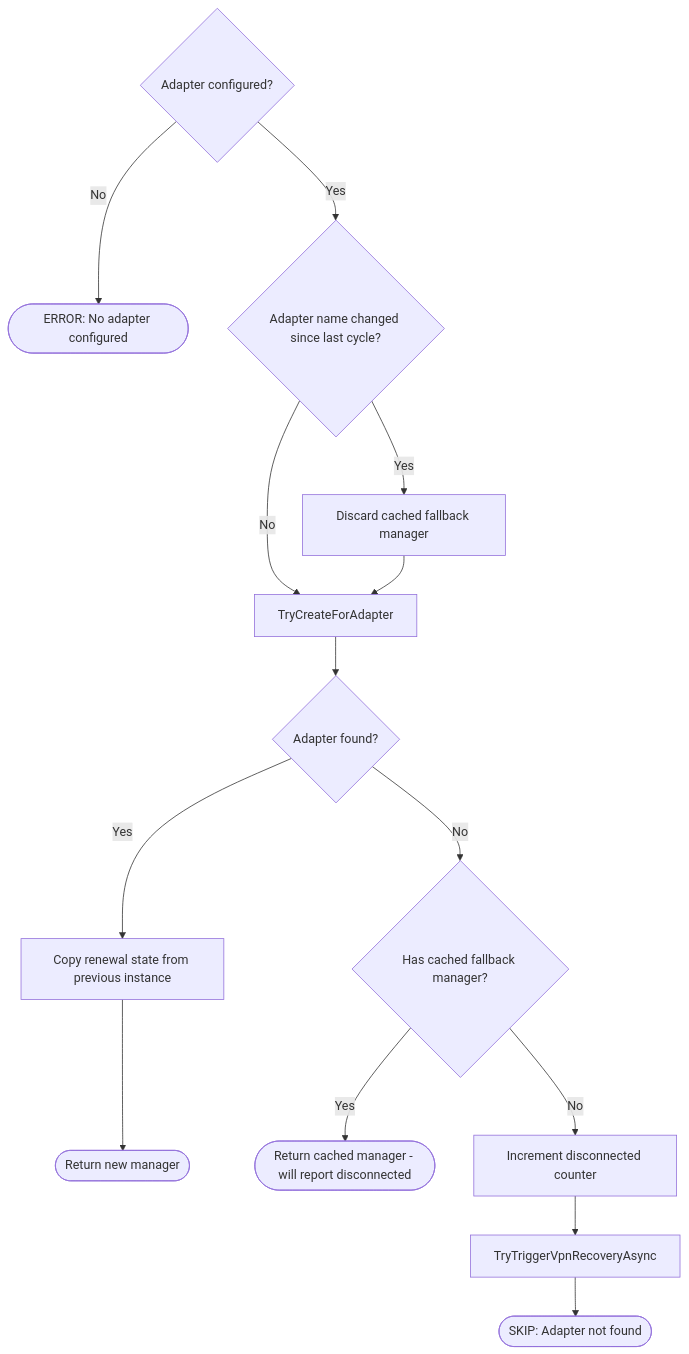
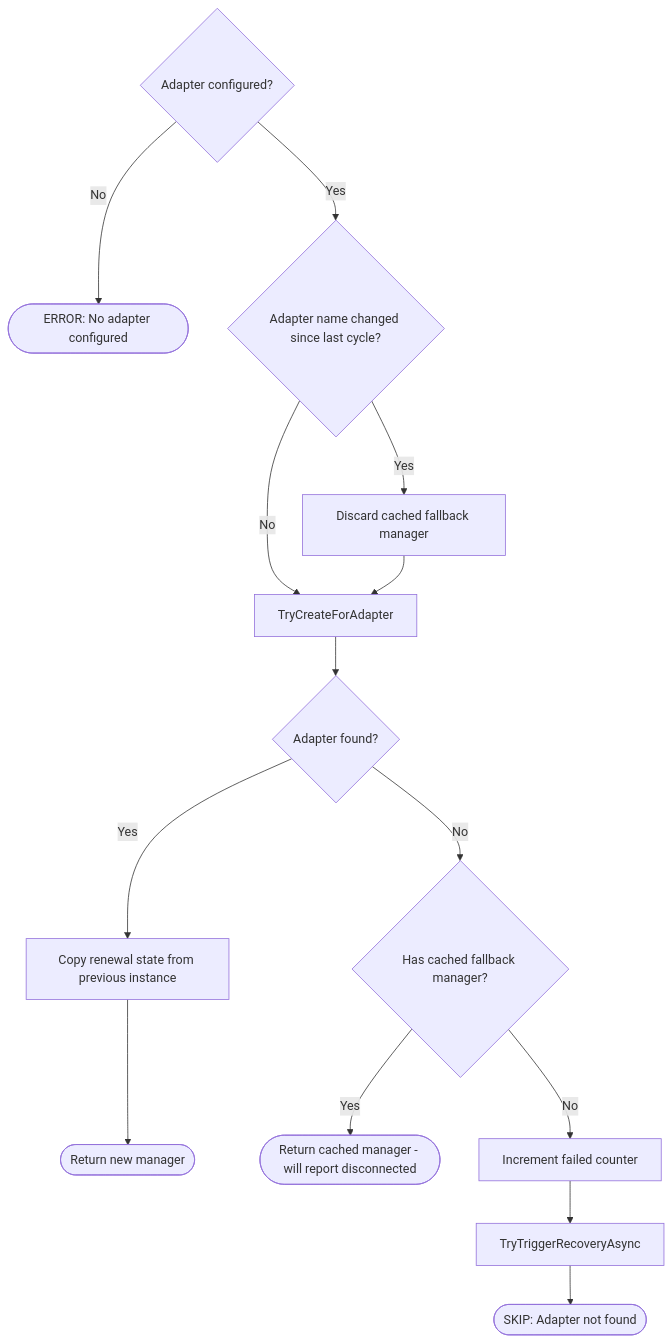
One commit to martsg666/qbPortWeaver changed the second of 2 diagrams in SYNC-CYCLE.md. Above: the diagram before and after it, drawn with Mermaid. The commit also changed other lines of this file and 26 other files, not shown here.

First line of the commit message:
2.4.1 Harden helper service, add auto-recovery for all VPN providers, and restructure solution (#59)

````diff
--- a/SYNC-CYCLE.md
+++ b/SYNC-CYCLE.md
@@ -76,16 +74,16 @@
 ```mermaid
 flowchart TD
     A{Adapter configured?} -- No --> ERR([ERROR: No adapter configured])
     A -- Yes --> B{Adapter name changed since last cycle?}
     B -- Yes --> DISCARD[Discard cached fallback manager]
     B -- No --> C
     DISCARD --> C[TryCreateForAdapter]
     C --> D{Adapter found?}
     D -- Yes --> COPY[Copy renewal state from previous instance]
     COPY --> RETURN([Return new manager])
     D -- No --> E{Has cached fallback manager?}
     E -- Yes --> FALLBACK([Return cached manager - will report disconnected])
-    E -- No --> F[Increment disconnected counter]
-    F --> G[TryTriggerVpnRecoveryAsync]
+    E -- No --> F[Increment failed counter]
+    F --> G[TryTriggerRecoveryAsync]
     G --> SKIP_STATUS([SKIP: Adapter not found])
 ```
````
